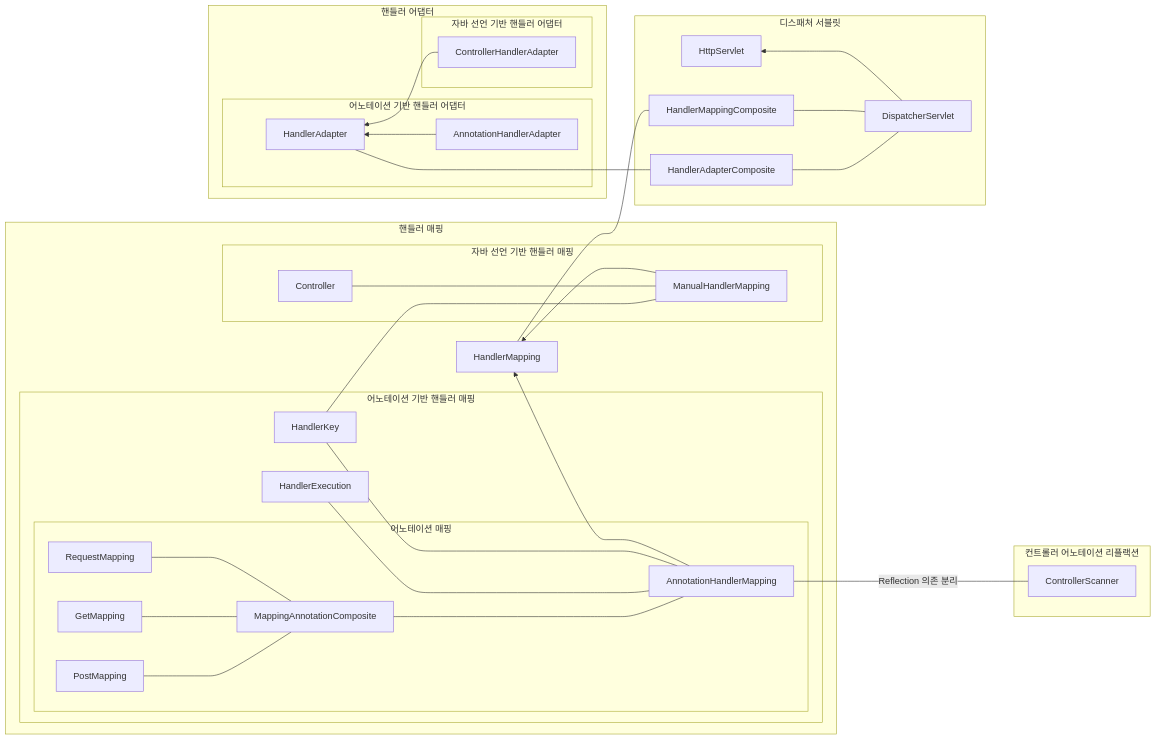
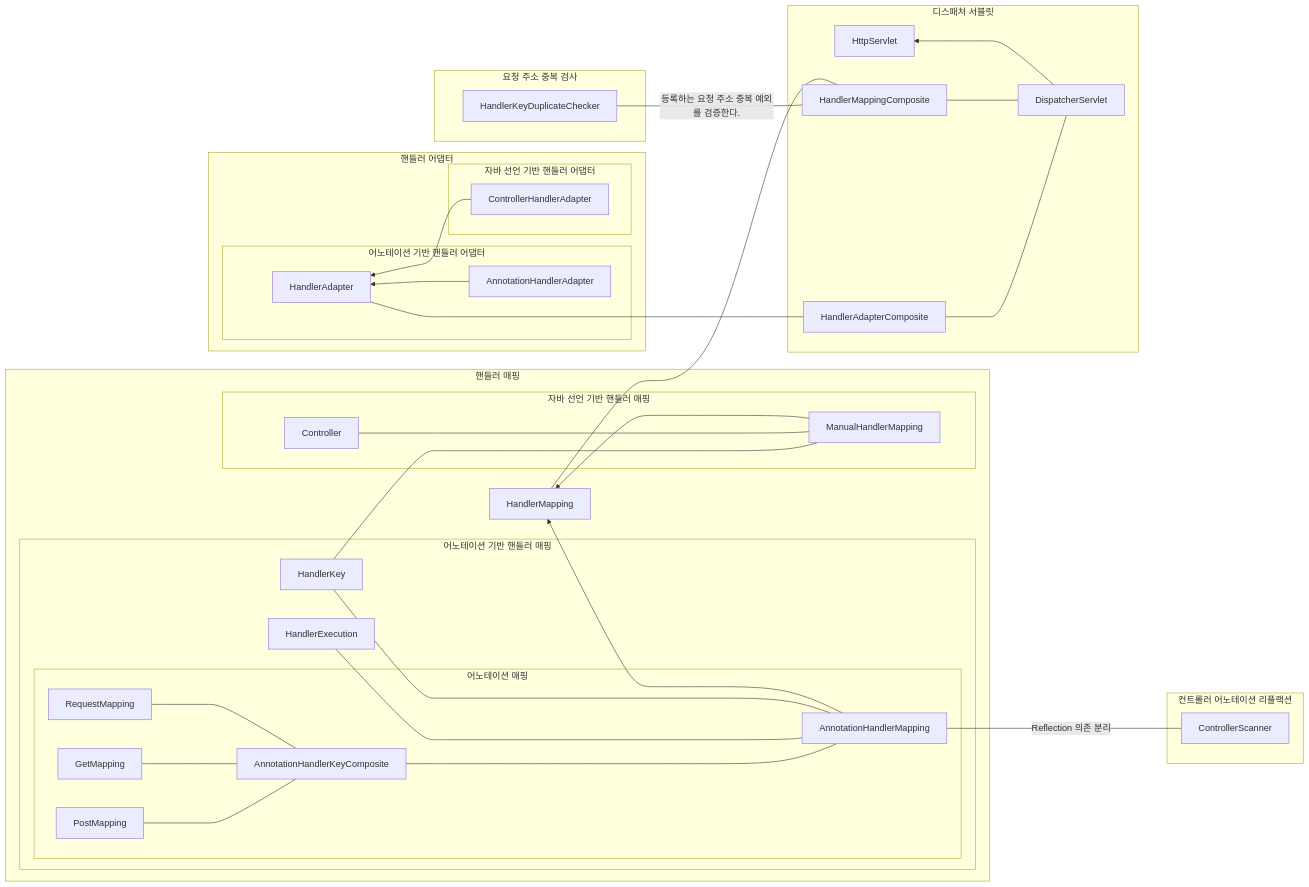
The second of 2 diagrams in README.md (woowacourse/java-mvc), drawn with Mermaid before and after one commit. The commit also changed other lines of this file, not shown here.

Commit message:
docs: 2차 피드백 문서 수정

````diff
--- a/README.md
+++ b/README.md
@@ -131,44 +129,50 @@
 ```mermaid
 graph RL
     subgraph 디스패처 서블릿
         DispatcherServlet --> HttpServlet
         DispatcherServlet --- HandlerMappingComposite
         DispatcherServlet --- HandlerAdapterComposite
+
     end
 
     subgraph 핸들러 어댑터
         HandlerAdapterComposite ---- HandlerAdapter
         subgraph 어노테이션 기반 핸들러 어댑터
             AnnotationHandlerAdapter --> HandlerAdapter
         end
         subgraph 자바 선언 기반 핸들러 어댑터
             ControllerHandlerAdapter --> HandlerAdapter
         end
     end
 
     subgraph 핸들러 매핑
         HandlerMappingComposite --- HandlerMapping
+
         AnnotationHandlerMapping --> HandlerMapping
         ManualHandlerMapping --> HandlerMapping
 
         subgraph 어노테이션 기반 핸들러 매핑
             AnnotationHandlerMapping ---- HandlerKey
             AnnotationHandlerMapping ---- HandlerExecution
             subgraph 어노테이션 매핑
-                AnnotationHandlerMapping ---- MappingAnnotationComposite
-                MappingAnnotationComposite ---- RequestMapping
-                MappingAnnotationComposite ---- GetMapping
-                MappingAnnotationComposite ---- PostMapping
+                AnnotationHandlerMapping ---- AnnotationHandlerKeyComposite
+                AnnotationHandlerKeyComposite ---- RequestMapping
+                AnnotationHandlerKeyComposite ---- GetMapping
+                AnnotationHandlerKeyComposite ---- PostMapping
             end
         end
 
         subgraph 자바 선언 기반 핸들러 매핑
             ManualHandlerMapping ---- Controller
             ManualHandlerMapping ---- HandlerKey
         end
     end
 
+    subgraph 요청 주소 중복 검사
+        HandlerMappingComposite --- |등록하는 요청 주소 중복 예외를 검증한다.| HandlerKeyDuplicateChecker
+    end
+
     subgraph 컨트롤러 어노테이션 리플랙션
         ControllerScanner ----|Reflection 의존 분리| AnnotationHandlerMapping
     end
 ```
````
